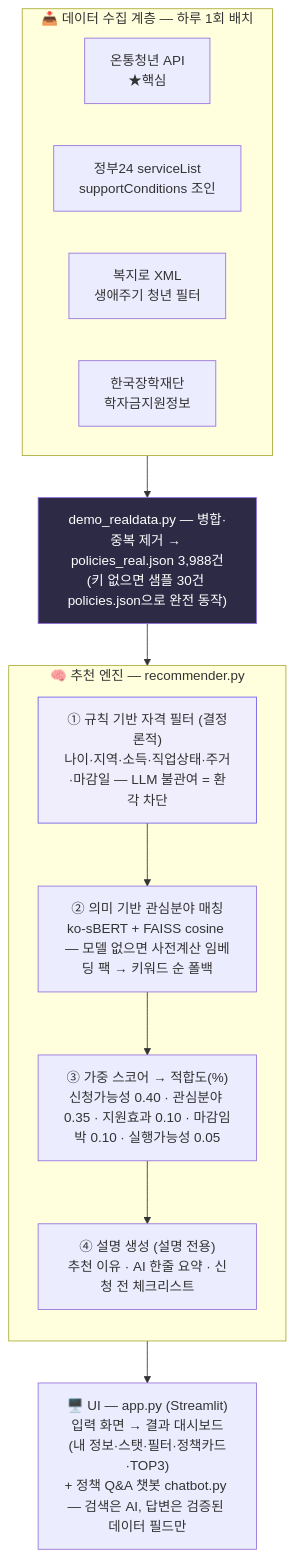
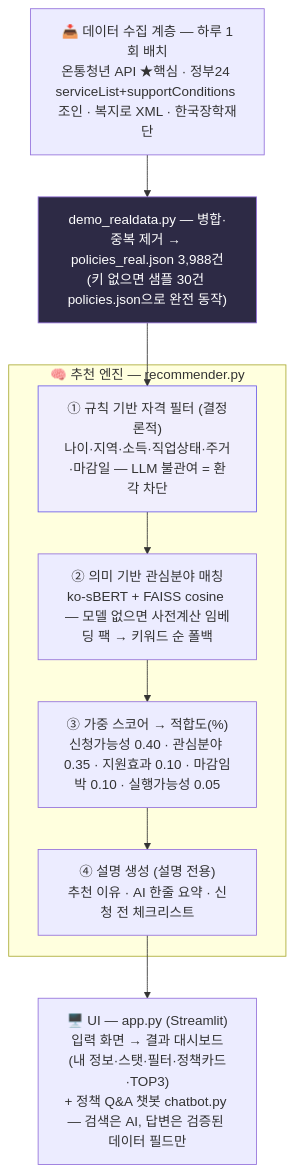
One commit to Ace0910-code/youth-policy-finder changed the diagram in README.md. Above: the diagram before and after it, drawn with Mermaid.

Commit message:
README mermaid: 수집 계층을 한 줄 박스로 압축해 세로 길이 정리

````diff
--- a/README.md
+++ b/README.md
@@ -16,24 +16,16 @@
 ```mermaid
 flowchart TB
-    subgraph C1["📥 데이터 수집 계층 — 하루 1회 배치"]
-        direction LR
-        A1["온통청년 API<br/>★핵심"]
-        A2["정부24 serviceList<br/>supportConditions 조인"]
-        A3["복지로 XML<br/>생애주기 청년 필터"]
-        A4["한국장학재단<br/>학자금지원정보"]
+    A["📥 데이터 수집 계층 — 하루 1회 배치<br/>온통청년 API ★핵심 · 정부24 serviceList+supportConditions 조인 · 복지로 XML · 한국장학재단"]
+    A --> M["demo_realdata.py — 병합·중복 제거 → policies_real.json 3,988건<br/>(키 없으면 샘플 30건 policies.json으로 완전 동작)"]
+    M --> B1
+    subgraph E["🧠 추천 엔진 — recommender.py"]
+        B1["① 규칙 기반 자격 필터 (결정론적)<br/>나이·지역·소득·직업상태·주거·마감일 — LLM 불관여 = 환각 차단"]
+        B1 --> B2["② 의미 기반 관심분야 매칭<br/>ko-sBERT + FAISS cosine — 모델 없으면 사전계산 임베딩 팩 → 키워드 순 폴백"]
+        B2 --> B3["③ 가중 스코어 → 적합도(%)<br/>신청가능성 0.40 · 관심분야 0.35 · 지원효과 0.10 · 마감임박 0.10 · 실행가능성 0.05"]
+        B3 --> B4["④ 설명 생성 (설명 전용)<br/>추천 이유 · AI 한줄 요약 · 신청 전 체크리스트"]
     end
-    C1 --> M["demo_realdata.py — 병합·중복 제거 → policies_real.json 3,988건<br/>(키 없으면 샘플 30건 policies.json으로 완전 동작)"]
-    M --> C2
-    subgraph C2["🧠 추천 엔진 — recommender.py"]
-        direction TB
-        B1["① 규칙 기반 자격 필터 (결정론적)<br/>나이·지역·소득·직업상태·주거·마감일 — LLM 불관여 = 환각 차단"]
-        B2["② 의미 기반 관심분야 매칭<br/>ko-sBERT + FAISS cosine — 모델 없으면 사전계산 임베딩 팩 → 키워드 순 폴백"]
-        B3["③ 가중 스코어 → 적합도(%)<br/>신청가능성 0.40 · 관심분야 0.35 · 지원효과 0.10 · 마감임박 0.10 · 실행가능성 0.05"]
-        B4["④ 설명 생성 (설명 전용)<br/>추천 이유 · AI 한줄 요약 · 신청 전 체크리스트"]
-        B1 --> B2 --> B3 --> B4
-    end
-    C2 --> C3["🖥️ UI — app.py (Streamlit)<br/>입력 화면 → 결과 대시보드(내 정보·스탯·필터·정책카드·TOP3)<br/>+ 정책 Q&A 챗봇 chatbot.py — 검색은 AI, 답변은 검증된 데이터 필드만"]
+    B4 --> U["🖥️ UI — app.py (Streamlit)<br/>입력 화면 → 결과 대시보드(내 정보·스탯·필터·정책카드·TOP3)<br/>+ 정책 Q&A 챗봇 chatbot.py — 검색은 AI, 답변은 검증된 데이터 필드만"]
 
     style B1 fill:#F0EEFD,stroke:#6C5CE7
     style M fill:#2D2A45,color:#fff
 ```
````
